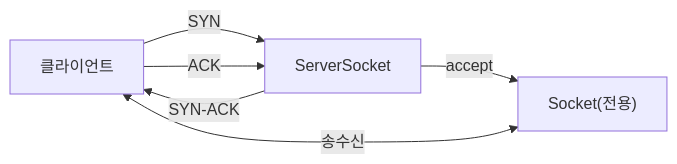
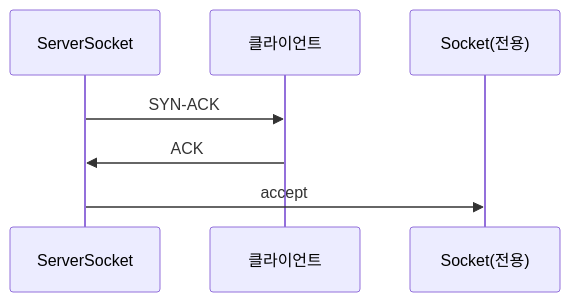
One commit to yjkim2015/yjkim2015.github.io changed the second of 5 diagrams in _posts/java/2026-05-01-java-network.md. Above: the diagram before and after it, drawn with Mermaid. The commit also changed other lines of this file and 89 other files, not shown here.

First line of the commit message:
복잡한 flowchart 163개 → sequenceDiagram 변환 (90파일)

````diff
--- a/_posts/java/2026-05-01-java-network.md
+++ b/_posts/java/2026-05-01-java-network.md
@@ -35,8 +35,6 @@
 ```mermaid
-graph LR
-    C["클라이언트"] -->|SYN| S["ServerSocket"]
-    S -->|SYN-ACK| C
-    C -->|ACK| S
-    S -->|accept| CS["Socket(전용)"]
-    C <-->|송수신| CS
+sequenceDiagram
+    ServerSocket->>클라이언트: SYN-ACK
+    클라이언트->>ServerSocket: ACK
+    ServerSocket->>Socket(전용): accept
 ```
````
